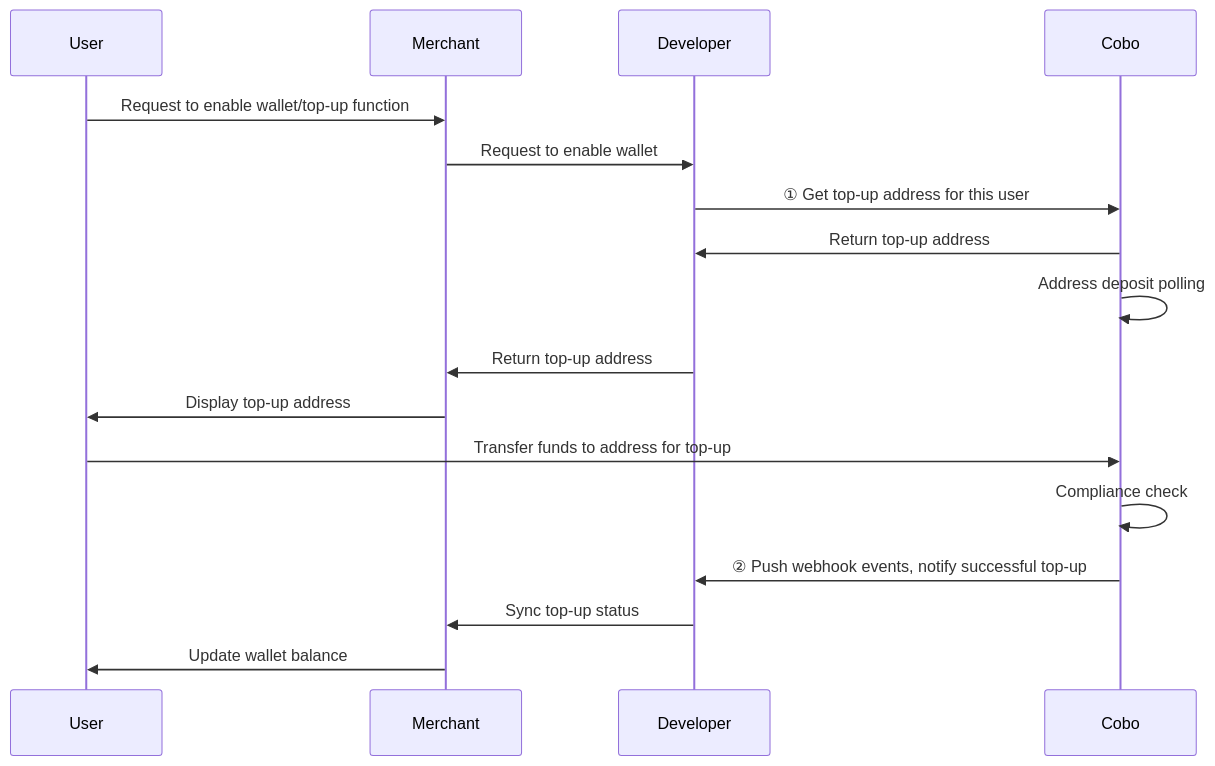
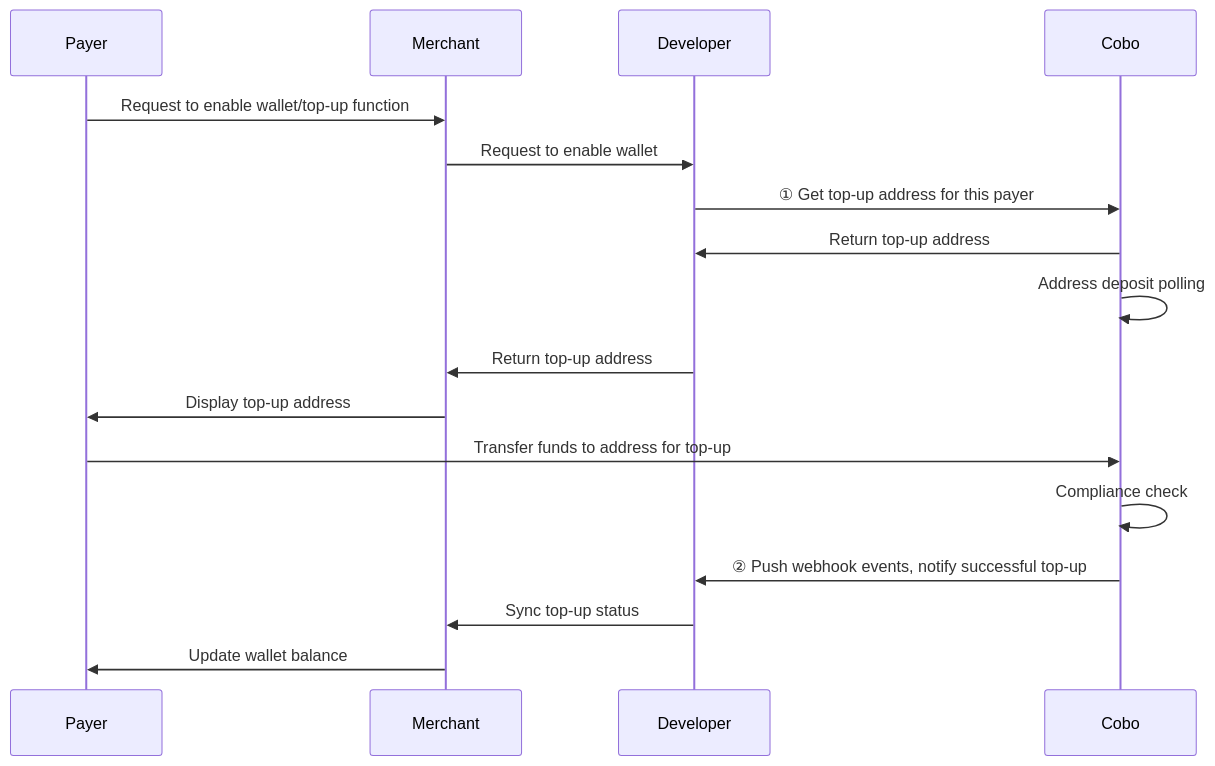
One commit to rcsh1/developer-site changed the diagram in v2/payments/get-topup-addresses.mdx. Above: the diagram before and after it, drawn with Mermaid. The commit also changed other lines of this file and 18 other files, not shown here.

````diff
--- a/v2/payments/get-topup-addresses.mdx
+++ b/v2/payments/get-topup-addresses.mdx
@@ -11,19 +11,19 @@
 ```mermaid
 sequenceDiagram
-    participant User
+    participant Payer
     participant Merchant
     participant Developer
     participant Cobo
-    User ->> Merchant: Request to enable wallet/top-up function
+    Payer ->> Merchant: Request to enable wallet/top-up function
     Merchant ->> Developer: Request to enable wallet
-    Developer ->> Cobo: ① Get top-up address for this user
+    Developer ->> Cobo: ① Get top-up address for this payer
     Cobo ->> Developer: Return top-up address
     Cobo ->> Cobo: Address deposit polling
     Developer ->> Merchant: Return top-up address
-    Merchant ->> User: Display top-up address
-    User ->> Cobo: Transfer funds to address for top-up
+    Merchant ->> Payer: Display top-up address
+    Payer ->> Cobo: Transfer funds to address for top-up
     Cobo ->> Cobo: Compliance check
     Cobo ->> Developer: ② Push webhook events, notify successful top-up
     Developer ->> Merchant: Sync top-up status
-    Merchant ->> User: Update wallet balance
+    Merchant ->> Payer: Update wallet balance
 ```
````
